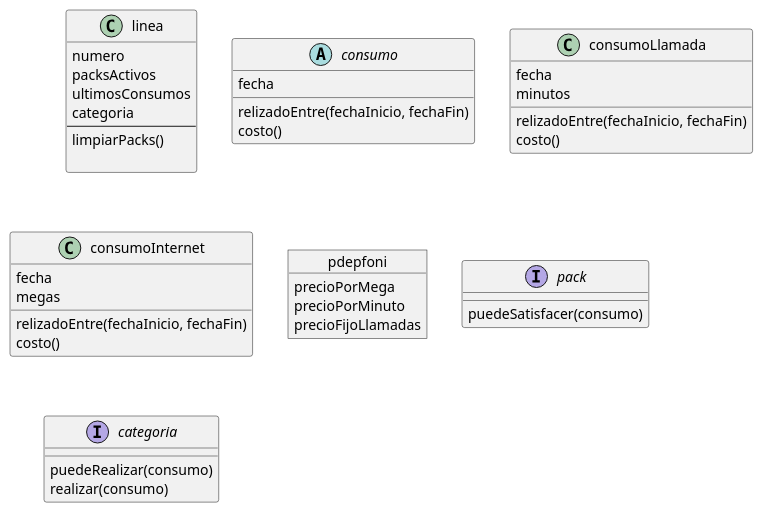
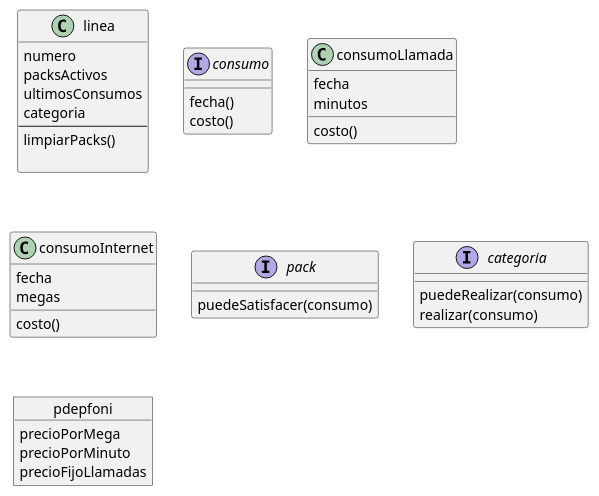
One commit to lrizzitano/PdeP_K2001_2024 changed the diagram in pdepfoni/diagrama_solucion.plantuml. Above: the diagram before and after it, drawn with PlantUML. The commit also changed 8 other files, not shown here.

```diff
--- a/pdepfoni/diagrama_solucion.plantuml
+++ b/pdepfoni/diagrama_solucion.plantuml
@@ -1,48 +1,45 @@
 @startuml pedepfoni
 
 class linea {
     numero
     packsActivos
     ultimosConsumos
     categoria
     --
     limpiarPacks()
     
 }
 
-abstract class consumo {
-    fecha
-    relizadoEntre(fechaInicio, fechaFin)
+Interface consumo {
+    fecha()
     costo()
 }
 
 class consumoLlamada {
     fecha
     minutos
-    relizadoEntre(fechaInicio, fechaFin)
     costo()
 }
 
 class consumoInternet {
     fecha
     megas
-    relizadoEntre(fechaInicio, fechaFin)
     costo()
-}
-
-object pdepfoni {
-    precioPorMega
-    precioPorMinuto
-    precioFijoLlamadas
 }
 
 interface pack {
     puedeSatisfacer(consumo)
 }
 
 interface categoria {
     puedeRealizar(consumo)
     realizar(consumo)
 }
 
+object pdepfoni {
+    precioPorMega
+    precioPorMinuto
+    precioFijoLlamadas
+}
+
 @enduml
```
